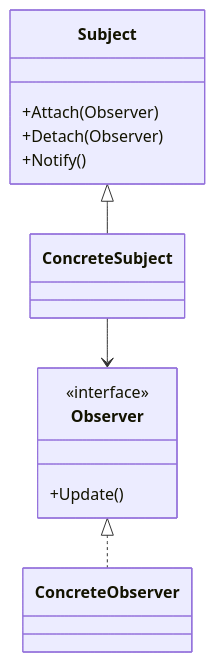
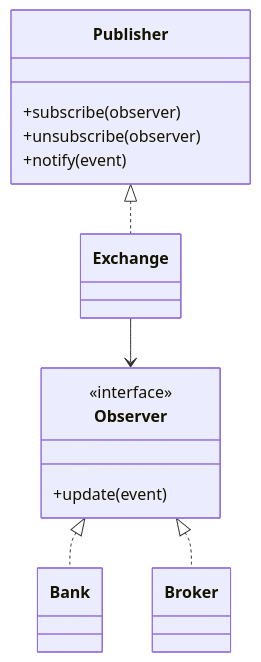
Before and after one commit to Kert0n/KPO: the seventh of 9 diagrams in lectures/Lec5/vitepress.md, drawn with Mermaid. The commit also changed other lines of this file and 9 other files, not shown here.

````diff
--- a/lectures/Lec5/vitepress.md
+++ b/lectures/Lec5/vitepress.md
@@ -433,17 +994,22 @@
 ```mermaid
 classDiagram
-    class Subject {
-        +Attach(Observer)
-        +Detach(Observer)
-        +Notify()
-    }
-    class Observer {
-        <<interface>>
-        +Update()
-    }
-    class ConcreteSubject
-    class ConcreteObserver
-    Subject <|-- ConcreteSubject
-    Observer <|.. ConcreteObserver
-    ConcreteSubject --> Observer
+  class Publisher {
+    +subscribe(observer)
+    +unsubscribe(observer)
+    +notify(event)
+  }
+
+  class Observer {
+    <<interface>>
+    +update(event)
+  }
+
+  class Exchange
+  class Bank
+  class Broker
+
+  Publisher <|.. Exchange
+  Observer <|.. Bank
+  Observer <|.. Broker
+  Exchange --> Observer
 ```
````
